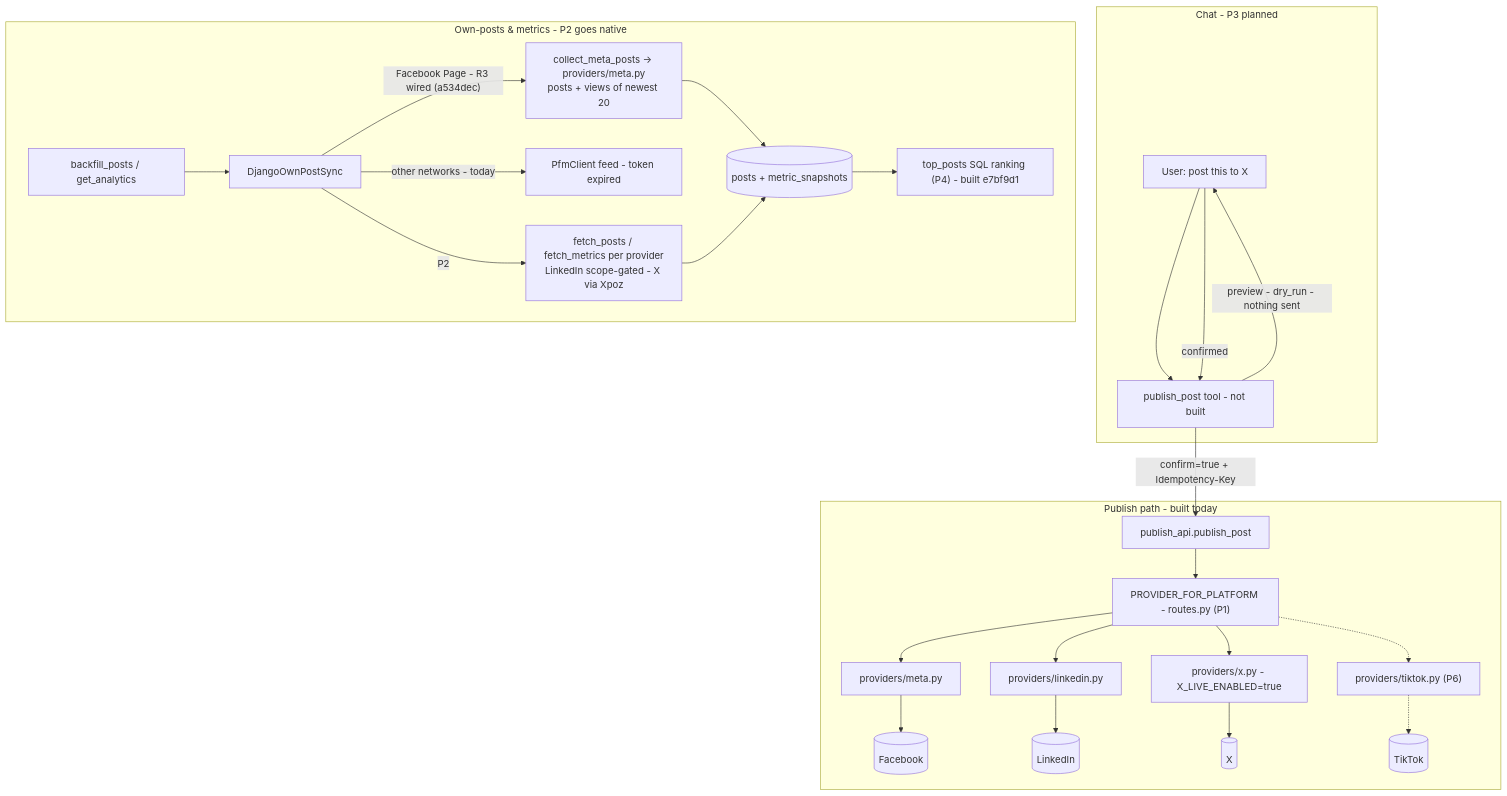
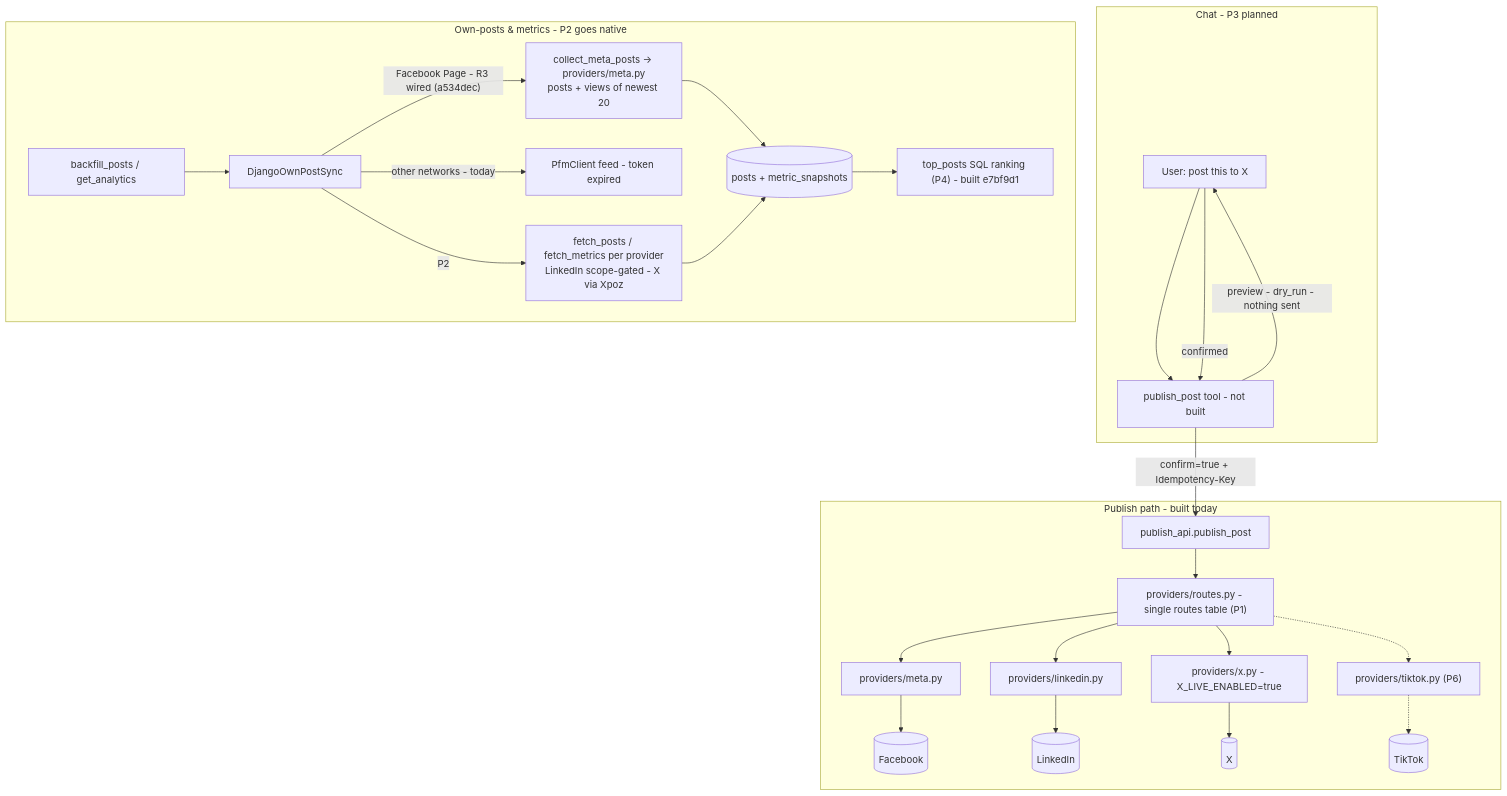
The sixth of 6 diagrams in lumi/docs/flow-map.md (Ateh-Ugoji/Lumi-agent), drawn with Mermaid before and after one commit. The commit also changed other lines of this file and 9 other files, not shown here.

````diff
--- a/lumi/docs/flow-map.md
+++ b/lumi/docs/flow-map.md
@@ -399,29 +399,29 @@
 ```mermaid
 flowchart TD
     subgraph CHAT["Chat - P3 planned"]
         U["User: post this to X"] --> T["publish_post tool - not built"]
         T -->|"preview - dry_run - nothing sent"| U
         U -->|"confirmed"| T
     end
     subgraph BE["Publish path - built today"]
         T -->|"confirm=true + Idempotency-Key"| PA["publish_api.publish_post"]
-        PA --> R["PROVIDER_FOR_PLATFORM - routes.py (P1)"]
+        PA --> R["providers/routes.py - single routes table (P1)"]
         R --> M["providers/meta.py"]
         R --> L["providers/linkedin.py"]
         R --> XE["providers/x.py - X_LIVE_ENABLED=true"]
         R -.-> TT["providers/tiktok.py (P6)"]
         M --> FB[("Facebook")]
         L --> LI[("LinkedIn")]
         XE --> XX[("X")]
         TT -.-> TT2[("TikTok")]
     end
     subgraph RD["Own-posts & metrics - P2 goes native"]
         BF["backfill_posts / get_analytics"] --> OS["DjangoOwnPostSync"]
         OS -->|"Facebook Page - R3 wired (a534dec)"| MN["collect_meta_posts -> providers/meta.py<br/>posts + views of newest 20"]
         OS -->|"other networks - today"| PFMf["PfmClient feed - token expired"]
         OS -->|"P2"| NAT["fetch_posts / fetch_metrics per provider<br/>LinkedIn scope-gated - X via Xpoz"]
         MN --> POSTS[("posts + metric_snapshots")]
         NAT --> POSTS
         POSTS --> TP["top_posts SQL ranking (P4) - built e7bf9d1"]
     end
 ```
````
